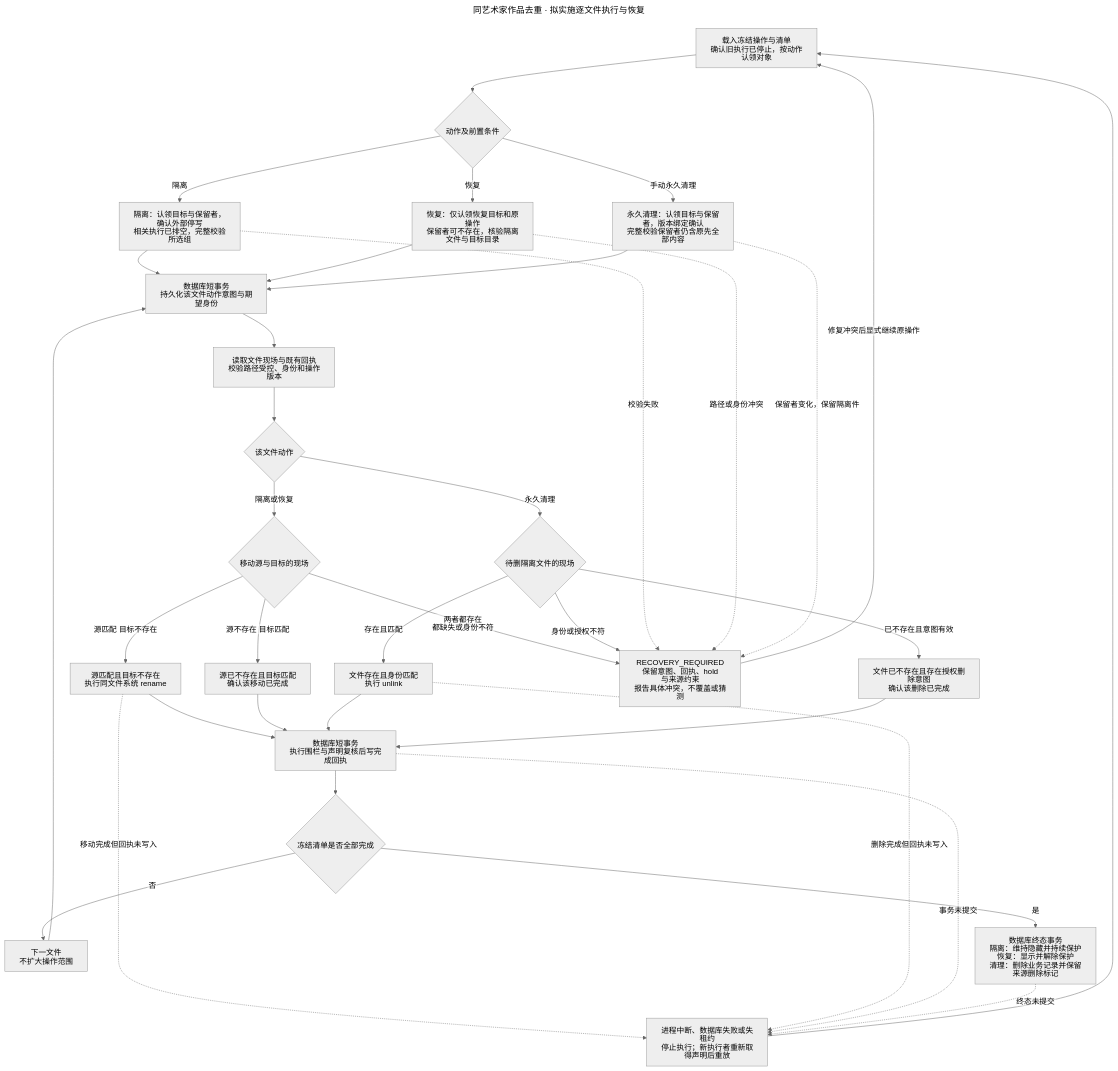
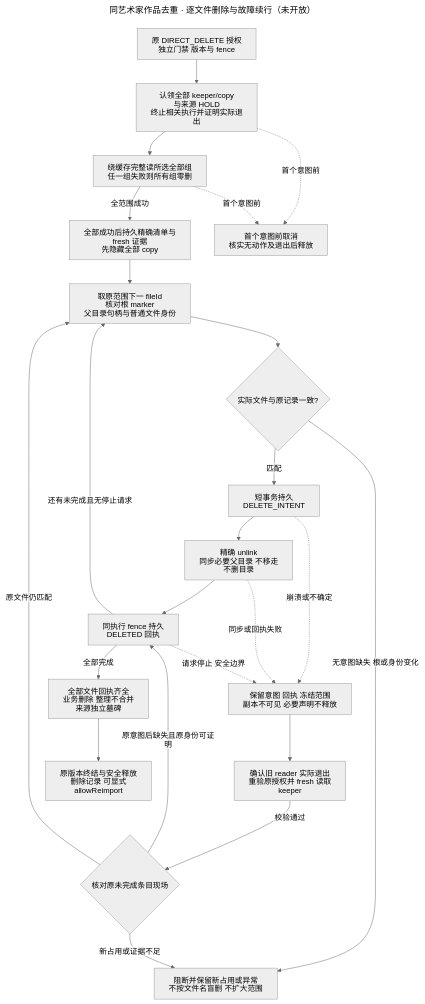
The diagram in docs/diagrams/features/artwork-deduplication/recovery.mmd (namehu/PixiShelf), drawn with Mermaid (neutral theme) before and after one commit. The commit also changed 335 other files, not shown here.

```diff
--- a/docs/diagrams/features/artwork-deduplication/recovery.mmd
+++ b/docs/diagrams/features/artwork-deduplication/recovery.mmd
@@ -1,60 +1,38 @@
 ---
 config:
   htmlLabels: false
   flowchart:
     htmlLabels: false
-title: 同艺术家作品去重 · 拟实施逐文件执行与恢复
+title: 同艺术家作品去重 · 逐文件删除与故障续行（未开放）
 ---
 flowchart TB
-  R01[载入冻结操作与清单<br/>确认旧执行已停止，按动作认领对象]
-  R02{动作及前置条件}
-  R03[隔离：认领目标与保留者，确认外部停写<br/>相关执行已排空，完整校验所选组]
-  R04[恢复：仅认领恢复目标和原操作<br/>保留者可不存在，核验隔离文件与目标目录]
-  R05[永久清理：认领目标与保留者，版本绑定确认<br/>完整校验保留者仍含原先全部内容]
-  R06[数据库短事务<br/>持久化该文件动作意图与期望身份]
-  R07[读取文件现场与既有回执<br/>校验路径受控、身份和操作版本]
-  R08{该文件动作}
-  R09{移动源与目标的现场}
-  R10[源匹配且目标不存在<br/>执行同文件系统 rename]
-  R11[源已不存在且目标匹配<br/>确认该移动已完成]
-  R12{待删隔离文件的现场}
-  R13[文件存在且身份匹配<br/>执行 unlink]
-  R14[文件已不存在且存在授权删除意图<br/>确认该删除已完成]
-  R15[数据库短事务<br/>执行围栏与声明复核后写完成回执]
-  R16{冻结清单是否全部完成}
-  R17[下一文件<br/>不扩大操作范围]
-  R18[数据库终态事务<br/>隔离：维持隐藏并持续保护<br/>恢复：显示并解除保护<br/>清理：删除业务记录并保留来源删除标记]
-  R19[RECOVERY_REQUIRED<br/>保留意图、回执、hold 与来源约束<br/>报告具体冲突，不覆盖或猜测]
-  R20[进程中断、数据库失败或失租约<br/>停止执行；新执行者重新取得声明后重放]
-  R01 --> R02
-  R02 -->|隔离| R03
-  R02 -->|恢复| R04
-  R02 -->|手动永久清理| R05
-  R03 --> R06
-  R04 --> R06
-  R05 --> R06
-  R06 --> R07 --> R08
-  R08 -->|隔离或恢复| R09
-  R09 -->|源匹配 目标不存在| R10
-  R09 -->|源不存在 目标匹配| R11
-  R09 -->|两者都存在 都缺失或身份不符| R19
-  R08 -->|永久清理| R12
-  R12 -->|存在且匹配| R13
-  R12 -->|已不存在且意图有效| R14
-  R12 -->|身份或授权不符| R19
-  R10 --> R15
-  R11 --> R15
-  R13 --> R15
-  R14 --> R15
-  R15 --> R16
-  R16 -->|否| R17 --> R06
-  R16 -->|是| R18
-  R03 -.->|校验失败| R19
-  R04 -.->|路径或身份冲突| R19
-  R05 -.->|保留者变化，保留隔离件| R19
-  R10 -.->|移动完成但回执未写入| R20
-  R13 -.->|删除完成但回执未写入| R20
-  R15 -.->|事务未提交| R20
-  R18 -.->|终态未提交| R20
-  R20 --> R01
-  R19 -->|修复冲突后显式继续原操作| R01
+  R01[原 DIRECT_DELETE 授权<br/>独立门禁 版本与 fence]
+  R02[认领全部 keeper/copy 与来源 HOLD<br/>终止相关执行并证明实际退出]
+  R03[绕缓存完整读所选全部组<br/>任一组失败则所有组零删]
+  R04[全部成功后持久精确清单与 fresh 证据<br/>先隐藏全部 copy]
+  R05[取原范围下一 fileId<br/>核对根 marker 父目录句柄与普通文件身份]
+  R06{实际文件与原记录一致?}
+  R07[短事务持久 DELETE_INTENT]
+  R08[精确 unlink<br/>同步必要父目录 不移走 不删目录]
+  R09[同执行 fence 持久 DELETED 回执]
+  R10[保留意图 回执 冻结范围<br/>副本不可见 必要声明不释放]
+  R11[确认旧 reader 实际退出<br/>重验原授权并 fresh 读取 keeper]
+  R12{核对原未完成条目现场}
+  R13[全部文件回执齐全<br/>业务删除 整理不合并 来源独立墓碑]
+  R14[原版本终结与安全释放<br/>删除记录 可显式 allowReimport]
+  R15[首个意图前取消<br/>核实无动作及退出后释放]
+  R16[阻断并保留新占用或异常<br/>不按文件名盲删 不扩大范围]
+  R01 --> R02 --> R03 -->|全范围成功| R04 --> R05 --> R06
+  R06 -->|匹配| R07 --> R08 --> R09
+  R06 -->|无意图缺失 根或身份变化| R16
+  R09 -->|还有未完成且无停止请求| R05
+  R09 -->|全部完成| R13 --> R14
+  R07 -.->|崩溃或不确定| R10
+  R08 -.->|同步或回执失败| R10
+  R09 -.->|请求停止 安全边界| R10
+  R10 --> R11 -->|校验通过| R12
+  R12 -->|原意图后缺失且原身份可证明| R09
+  R12 -->|原文件仍匹配| R05
+  R12 -->|新占用或证据不足| R16
+  R02 -.->|首个意图前| R15
+  R03 -.->|首个意图前| R15
```
